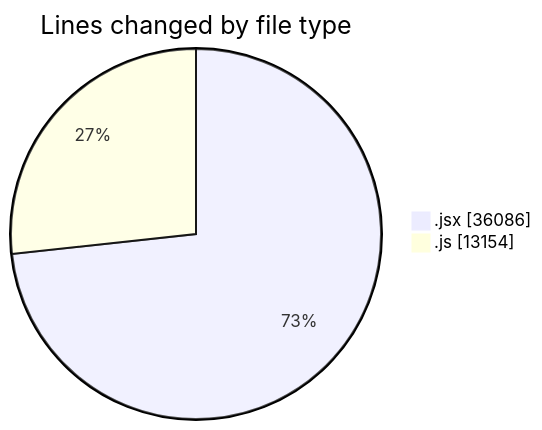
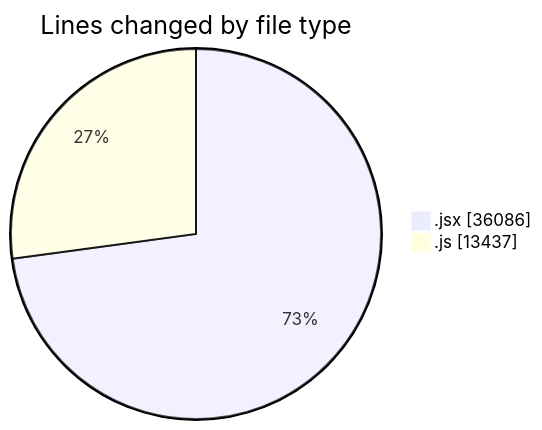
One commit to nxtqubesakshisongat/code-tracking changed the first of 2 diagrams in 2025-09-29/nxtqube_webapp/README.md. Above: the diagram before and after it, drawn with Mermaid. The commit also changed other lines of this file and 1 other file, not shown here.

````diff
--- a/2025-09-29/nxtqube_webapp/README.md
+++ b/2025-09-29/nxtqube_webapp/README.md
@@ -22,6 +22,6 @@
 ```mermaid
 pie showData
 title Lines changed by file type
 ".jsx" : 36086
-".js" : 13154
+".js" : 13437
 ```
````
